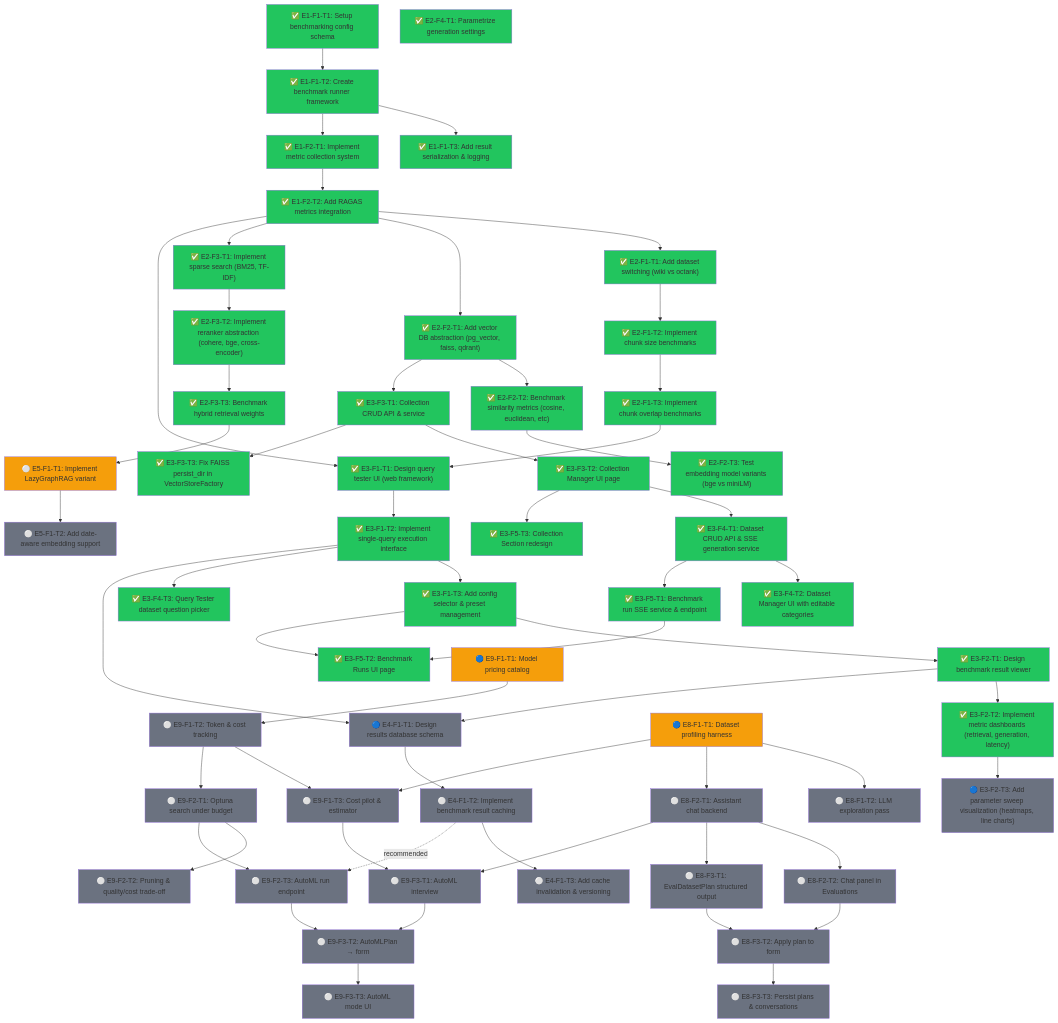
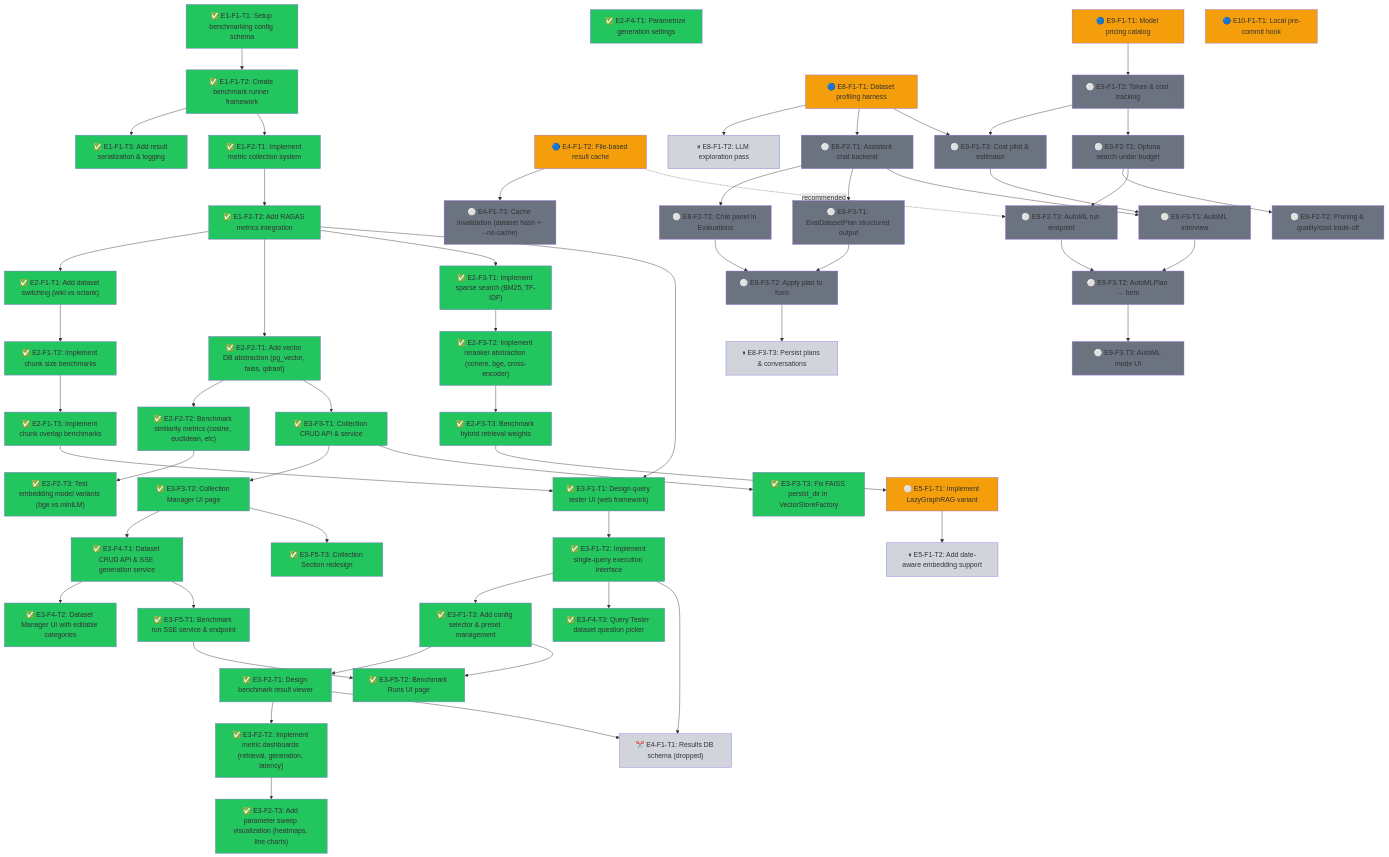
One commit to Vutiot/EvenementsRAG changed the diagram in ROADMAP.md. Above: the diagram before and after it, drawn with Mermaid. The commit also changed other lines of this file and 1 other file, not shown here.

First line of the commit message:
docs(roadmap): scope roadmap for solo local development

````diff
--- a/ROADMAP.md
+++ b/ROADMAP.md
@@ -38,7 +40,7 @@
 
   E3F2T1["✅ E3-F2-T1: Design benchmark result viewer"]
   E3F2T2["✅ E3-F2-T2: Implement metric dashboards (retrieval, generation, latency)"]
-  E3F2T3["🔵 E3-F2-T3: Add parameter sweep visualization (heatmaps, line charts)"]
+  E3F2T3["✅ E3-F2-T3: Add parameter sweep visualization (heatmaps, line charts)"]
 
   E3F3T1["✅ E3-F3-T1: Collection CRUD API & service"]
   E3F3T2["✅ E3-F3-T2: Collection Manager UI page"]
@@ -52,12 +54,12 @@
   E3F5T2["✅ E3-F5-T2: Benchmark Runs UI page"]
   E3F5T3["✅ E3-F5-T3: Collection Section redesign"]
 
-  E4F1T1["🔵 E4-F1-T1: Design results database schema"]
-  E4F1T2["⚪ E4-F1-T2: Implement benchmark result caching"]
-  E4F1T3["⚪ E4-F1-T3: Add cache invalidation & versioning"]
+  E4F1T1["✂️ E4-F1-T1: Results DB schema (dropped)"]
+  E4F1T2["🔵 E4-F1-T2: File-based result cache"]
+  E4F1T3["⚪ E4-F1-T3: Cache invalidation (dataset hash + --no-cache)"]
 
   E5F1T1["⚪ E5-F1-T1: Implement LazyGraphRAG variant"]
-  E5F1T2["⚪ E5-F1-T2: Add date-aware embedding support"]
+  E5F1T2["⏸ E5-F1-T2: Add date-aware embedding support"]
 
   E1F1T1 --> E1F1T2
   E1F1T2 --> E1F1T3
@@ -97,19 +99,18 @@
 
   E3F1T2 --> E4F1T1
   E3F2T1 --> E4F1T1
-  E4F1T1 --> E4F1T2
   E4F1T2 --> E4F1T3
 
   E2F3T3 --> E5F1T1
   E5F1T1 --> E5F1T2
 
   E8F1T1["🔵 E8-F1-T1: Dataset profiling harness"]
-  E8F1T2["⚪ E8-F1-T2: LLM exploration pass"]
+  E8F1T2["⏸ E8-F1-T2: LLM exploration pass"]
   E8F2T1["⚪ E8-F2-T1: Assistant chat backend"]
   E8F2T2["⚪ E8-F2-T2: Chat panel in Evaluations"]
   E8F3T1["⚪ E8-F3-T1: EvalDatasetPlan structured output"]
   E8F3T2["⚪ E8-F3-T2: Apply plan to form"]
-  E8F3T3["⚪ E8-F3-T3: Persist plans & conversations"]
+  E8F3T3["⏸ E8-F3-T3: Persist plans & conversations"]
 
   E9F1T1["🔵 E9-F1-T1: Model pricing catalog"]
   E9F1T2["⚪ E9-F1-T2: Token & cost tracking"]
@@ -142,6 +143,8 @@
   E9F3T2 --> E9F3T3
   E4F1T2 -.->|recommended| E9F2T3
 
+  E10F1T1["🔵 E10-F1-T1: Local pre-commit hook"]
+
   style E1F1T1 fill:#22c55e
   style E1F1T2 fill:#22c55e
   style E1F1T3 fill:#22c55e
@@ -162,7 +165,7 @@
   style E3F1T3 fill:#22c55e
   style E3F2T1 fill:#22c55e
   style E3F2T2 fill:#22c55e
-  style E3F2T3 fill:#6b7280
+  style E3F2T3 fill:#22c55e
   style E3F3T1 fill:#22c55e
   style E3F3T2 fill:#22c55e
   style E3F3T3 fill:#22c55e
@@ -172,18 +175,18 @@
   style E3F5T1 fill:#22c55e
   style E3F5T2 fill:#22c55e
   style E3F5T3 fill:#22c55e
-  style E4F1T1 fill:#6b7280
-  style E4F1T2 fill:#6b7280
+  style E4F1T1 fill:#d1d5db
+  style E4F1T2 fill:#f59e0b
   style E4F1T3 fill:#6b7280
   style E5F1T1 fill:#f59e0b
-  style E5F1T2 fill:#6b7280
+  style E5F1T2 fill:#d1d5db
   style E8F1T1 fill:#f59e0b
-  style E8F1T2 fill:#6b7280
+  style E8F1T2 fill:#d1d5db
   style E8F2T1 fill:#6b7280
   style E8F2T2 fill:#6b7280
   style E8F3T1 fill:#6b7280
   style E8F3T2 fill:#6b7280
-  style E8F3T3 fill:#6b7280
+  style E8F3T3 fill:#d1d5db
   style E9F1T1 fill:#f59e0b
   style E9F1T2 fill:#6b7280
   style E9F1T3 fill:#6b7280
@@ -193,4 +196,5 @@
   style E9F3T1 fill:#6b7280
   style E9F3T2 fill:#6b7280
   style E9F3T3 fill:#6b7280
+  style E10F1T1 fill:#f59e0b
 ```
````
